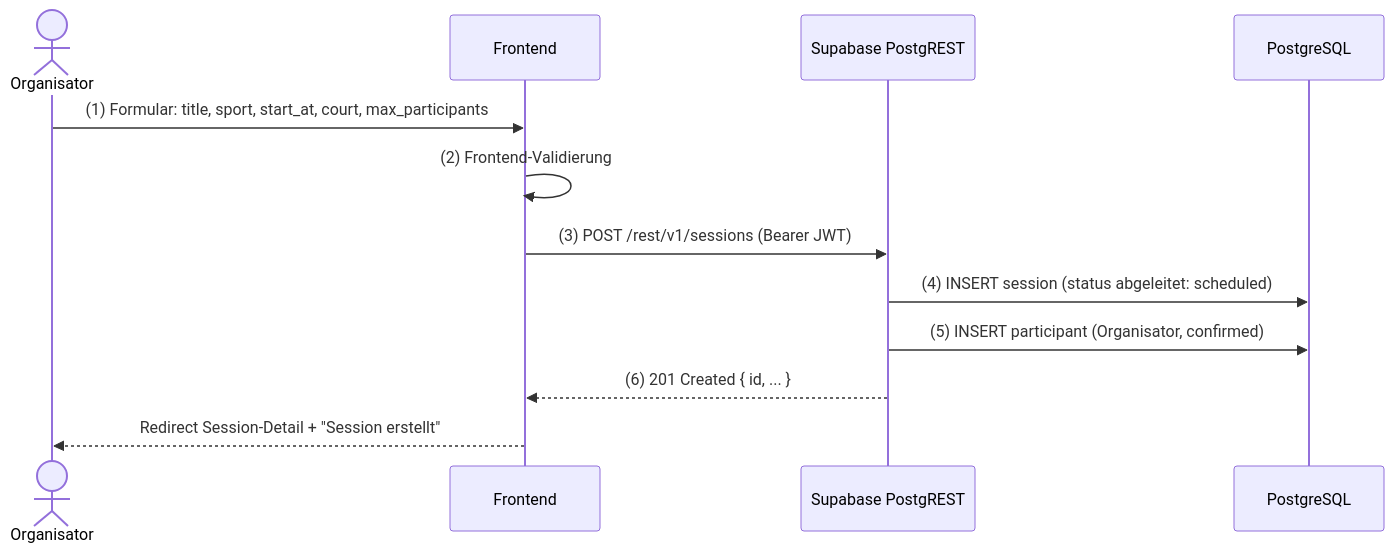
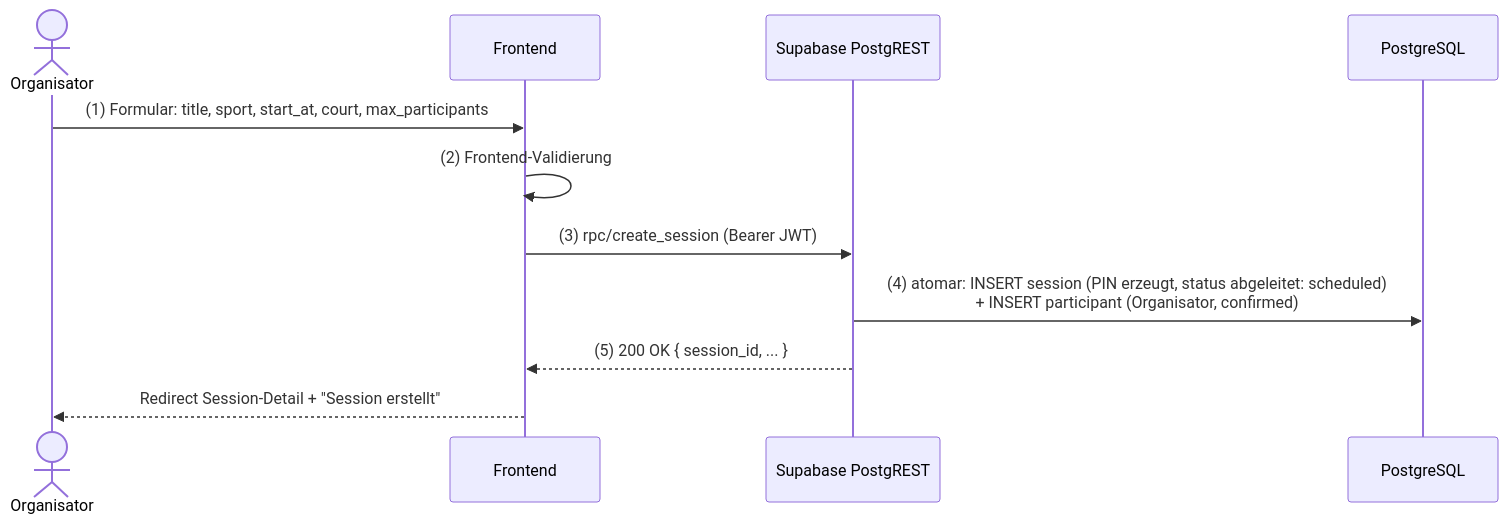
Before and after one commit to Finn5k/Wirtschaftsinformatik-Projekt-I: the third of 5 diagrams in docs/spec/P2-architekturueberblick.md, drawn with Mermaid. The commit also changed other lines of this file and 9 other files, not shown here.

````diff
--- a/docs/spec/P2-architekturueberblick.md
+++ b/docs/spec/P2-architekturueberblick.md
@@ -128,15 +128,14 @@
 ```mermaid
 sequenceDiagram
     actor O as Organisator
     participant FE as Frontend
     participant API as Supabase PostgREST
     participant DB as PostgreSQL
 
     O->>FE: (1) Formular: title, sport, start_at, court, max_participants
     FE->>FE: (2) Frontend-Validierung
-    FE->>API: (3) POST /rest/v1/sessions (Bearer JWT)
-    API->>DB: (4) INSERT session (status abgeleitet: scheduled)
-    API->>DB: (5) INSERT participant (Organisator, confirmed)
-    API-->>FE: (6) 201 Created { id, ... }
+    FE->>API: (3) rpc/create_session (Bearer JWT)
+    API->>DB: (4) atomar: INSERT session (PIN erzeugt, status abgeleitet: scheduled)<br/>+ INSERT participant (Organisator, confirmed)
+    API-->>FE: (5) 200 OK { session_id, ... }
     FE-->>O: Redirect Session-Detail + "Session erstellt"
 ```
````
